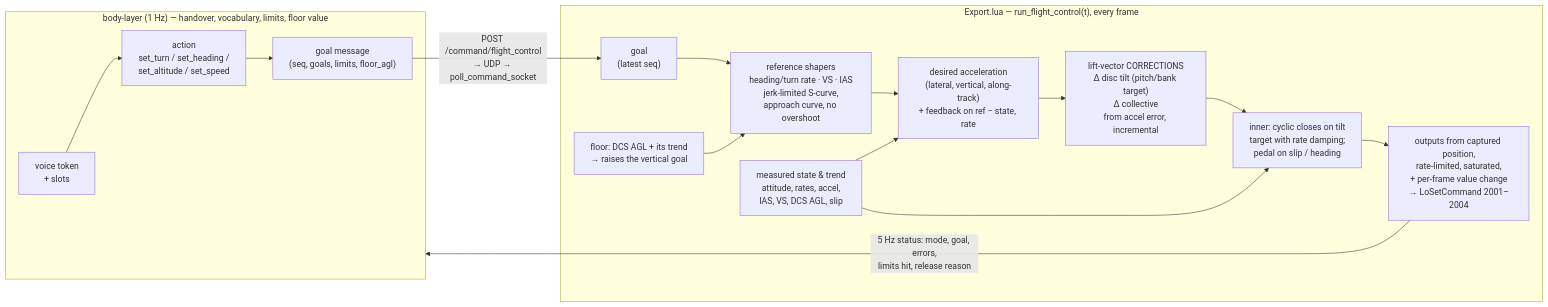
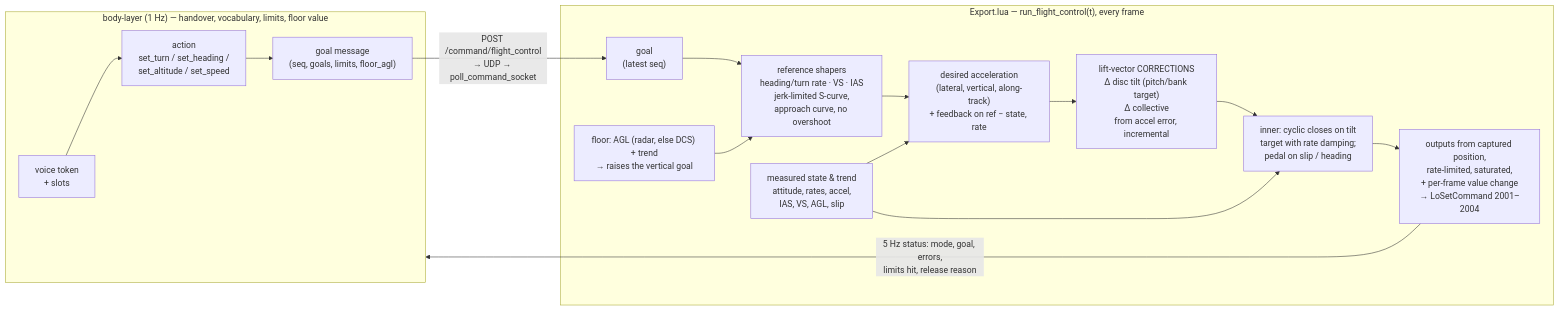
One commit to lightlyfallingrain/DCS-petrobrain changed the second of 3 diagrams in plans/flight-control/plan.md. Above: the diagram before and after it, drawn with Mermaid. The commit also changed other lines of this file, not shown here.

First line of the commit message:
BL-16 plan: radar altitude preferred, DCS AGL fallback; heading/turn readbacks (user, 2026-10-26)

````diff
--- a/plans/flight-control/plan.md
+++ b/plans/flight-control/plan.md
@@ -78,19 +78,19 @@
 ```mermaid
 flowchart LR
   subgraph BL["body-layer (1 Hz) — handover, vocabulary, limits, floor value"]
     V["voice token\n+ slots"] --> A["action\nset_turn / set_heading /\nset_altitude / set_speed"]
     A --> GM["goal message\n(seq, goals, limits, floor_agl)"]
   end
   GM -->|"POST /command/flight_control\n→ UDP → poll_command_socket"| G
   subgraph EX["Export.lua — run_flight_control(t), every frame"]
     G["goal\n(latest seq)"] --> SH["reference shapers\nheading/turn rate · VS · IAS\njerk-limited S-curve,\napproach curve, no overshoot"]
-    F["floor: DCS AGL + its trend\n→ raises the vertical goal"] --> SH
+    F["floor: AGL (radar, else DCS) + trend\n→ raises the vertical goal"] --> SH
     SH --> AD["desired acceleration\n(lateral, vertical, along-track)\n+ feedback on ref − state, rate"]
-    M["measured state & trend\nattitude, rates, accel,\nIAS, VS, DCS AGL, slip"] --> AD
+    M["measured state & trend\nattitude, rates, accel,\nIAS, VS, AGL, slip"] --> AD
     AD --> LV["lift-vector CORRECTIONS\nΔ disc tilt (pitch/bank target)\nΔ collective\nfrom accel error, incremental"]
     LV --> IN["inner: cyclic closes on tilt\ntarget with rate damping;\npedal on slip / heading"]
     IN --> OUT["outputs from captured position,\nrate-limited, saturated,\n+ per-frame value change\n→ LoSetCommand 2001–2004"]
     M --> IN
   end
   OUT -->|"5 Hz status: mode, goal, errors,\nlimits hit, release reason"| BL
 ```
````
